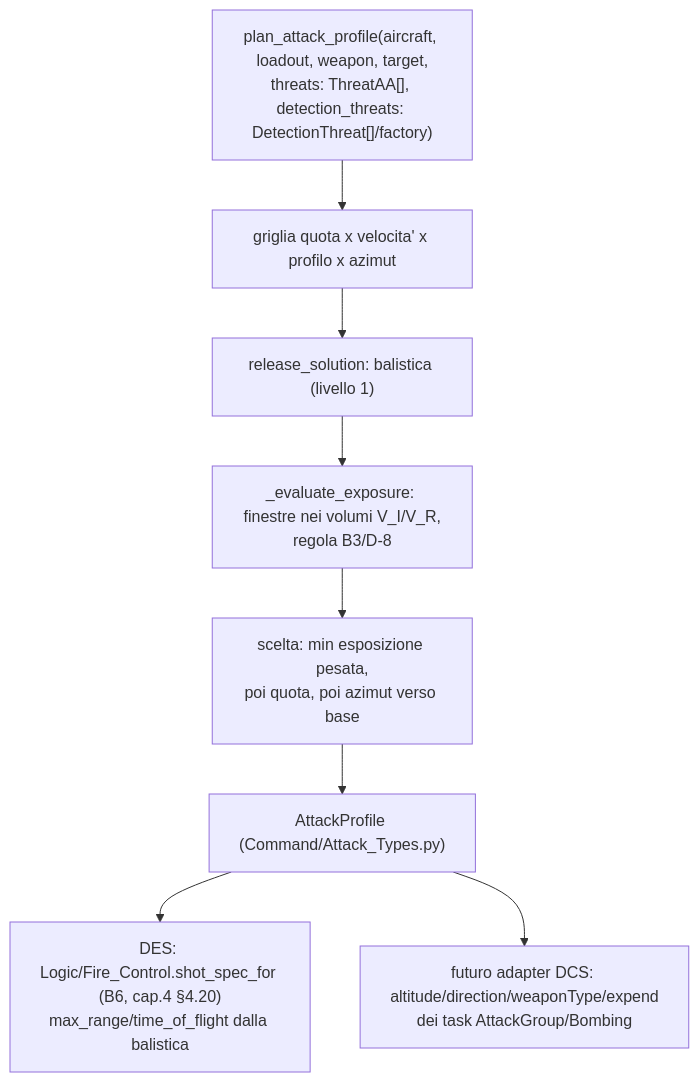
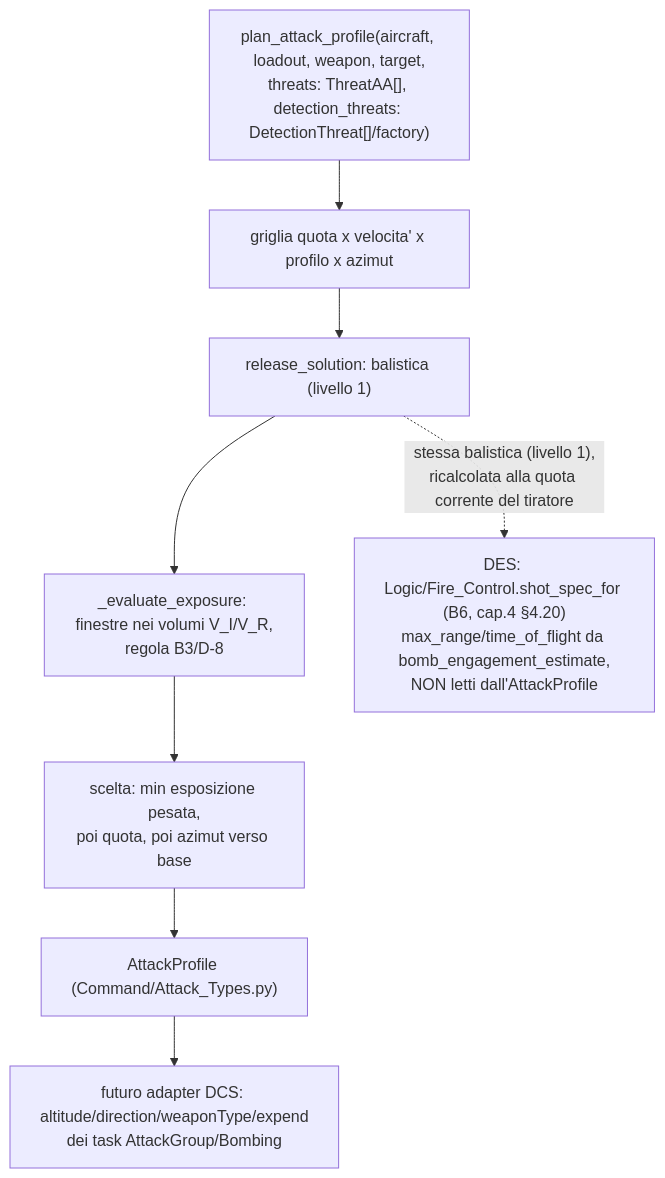
Before and after one commit to MakusIV/Warfare-Model: the second of 3 diagrams in Analysis/Document/Manuale_Motore_DES/08_Supporto_Trasversale.md, drawn with Mermaid. The commit also changed other lines of this file and 9 other files, not shown here.

````diff
--- a/Analysis/Document/Manuale_Motore_DES/08_Supporto_Trasversale.md
+++ b/Analysis/Document/Manuale_Motore_DES/08_Supporto_Trasversale.md
@@ -751,10 +751,10 @@
 ```mermaid
 flowchart TD
     A["plan_attack_profile(aircraft, loadout, weapon, target,<br/>threats: ThreatAA[], detection_threats: DetectionThreat[]/factory)"] --> B["griglia quota x velocita' x profilo x azimut"]
     B --> C["release_solution: balistica (livello 1)"]
     C --> D["_evaluate_exposure: finestre nei volumi V_I/V_R,<br/>regola B3/D-8"]
     D --> E["scelta: min esposizione pesata,<br/>poi quota, poi azimut verso base"]
     E --> F["AttackProfile (Command/Attack_Types.py)"]
-    F --> G["DES: Logic/Fire_Control.shot_spec_for (B6, cap.4 §4.20)<br/>max_range/time_of_flight dalla balistica"]
+    C -.->|"stessa balistica (livello 1),<br/>ricalcolata alla quota corrente del tiratore"| G["DES: Logic/Fire_Control.shot_spec_for (B6, cap.4 §4.20)<br/>max_range/time_of_flight da bomb_engagement_estimate,<br/>NON letti dall'AttackProfile"]
     F --> H["futuro adapter DCS: altitude/direction/weaponType/expend<br/>dei task AttackGroup/Bombing"]
 ```
````
